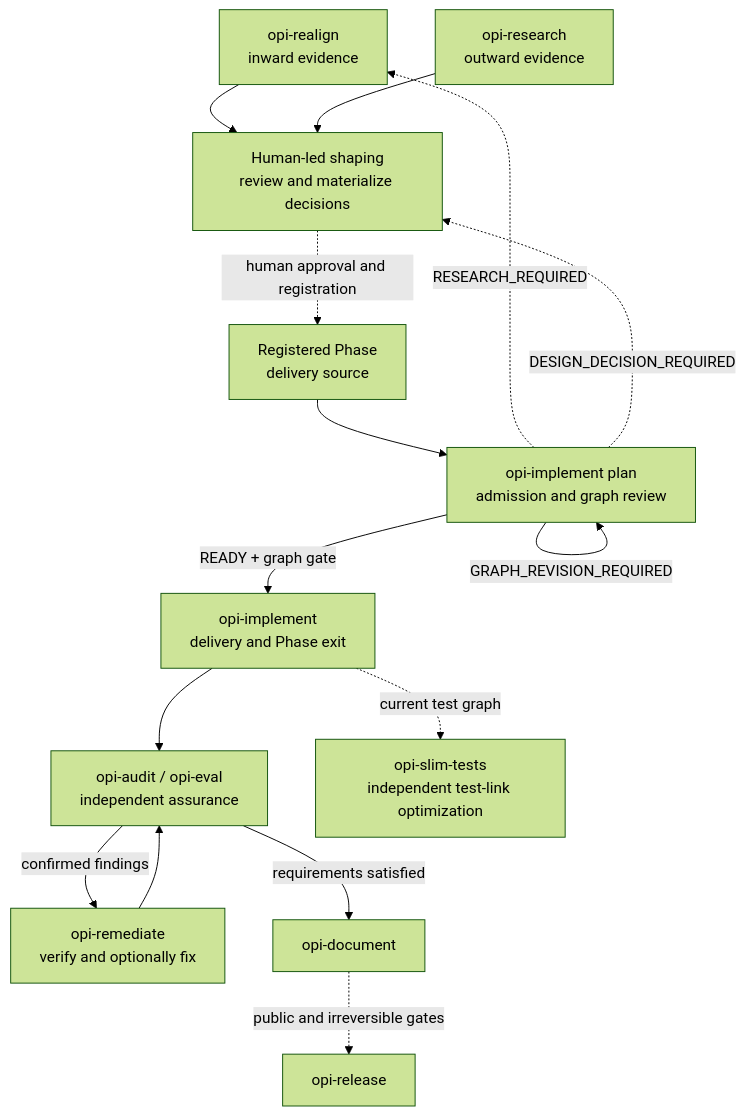
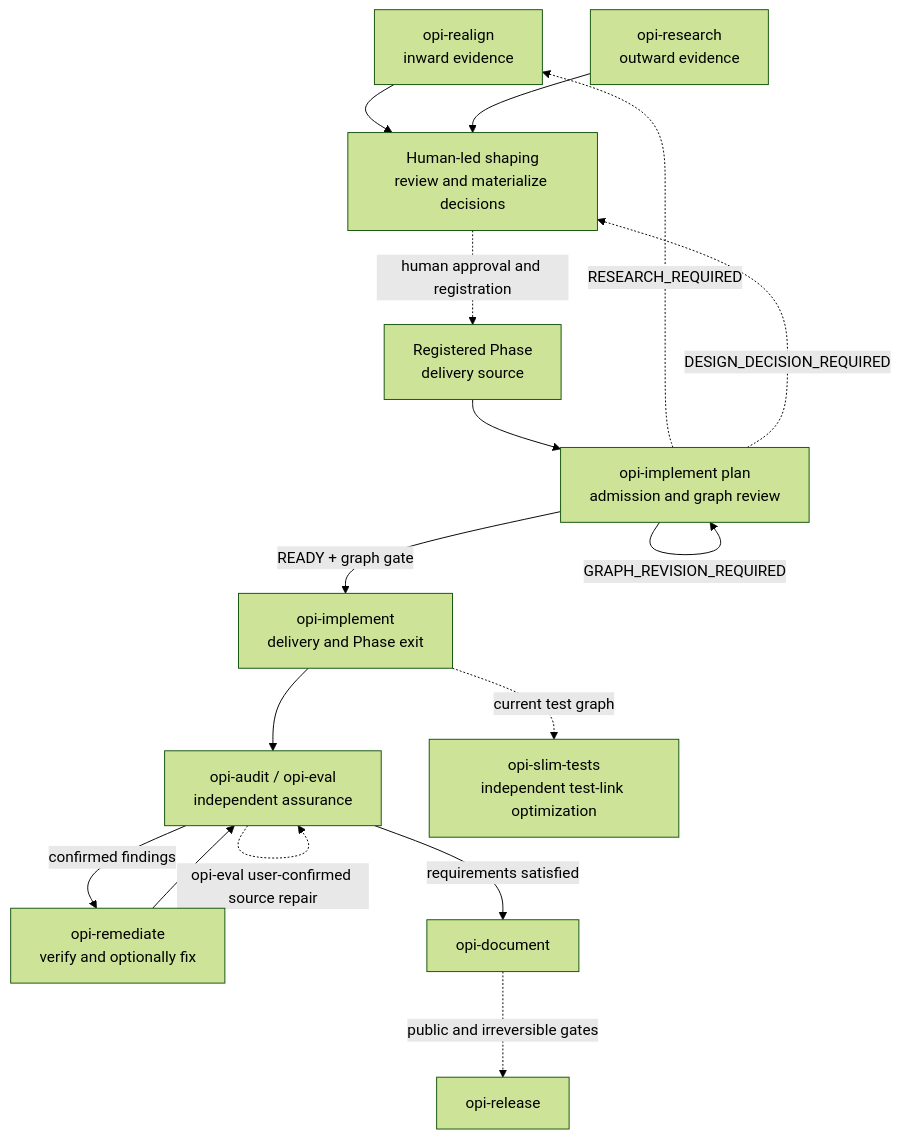
Before and after one commit to OdradekAI/opi: the diagram in .agents/skills/README.md, drawn with Mermaid (forest theme). The commit also changed other lines of this file and 72 other files, not shown here.

````diff
--- a/.agents/skills/README.md
+++ b/.agents/skills/README.md
@@ -35,29 +36,30 @@
 ```mermaid
 flowchart TD
     RI[opi-realign<br/>inward evidence]
     RO[opi-research<br/>outward evidence]
     SH[Human-led shaping<br/>review and materialize decisions]
     SRC[Registered Phase<br/>delivery source]
     PLAN[opi-implement plan<br/>admission and graph review]
     EXEC[opi-implement<br/>delivery and Phase exit]
     ASSURE[opi-audit / opi-eval<br/>independent assurance]
     FIX[opi-remediate<br/>verify and optionally fix]
     DOC[opi-document]
     REL[opi-release]
     SLIM[opi-slim-tests<br/>independent test-link optimization]
 
     RI --> SH
     RO --> SH
     SH -. human approval and registration .-> SRC
     SRC --> PLAN
     PLAN -->|READY + graph gate| EXEC
     PLAN -. RESEARCH_REQUIRED .-> RI
     PLAN -. DESIGN_DECISION_REQUIRED .-> SH
     PLAN -->|GRAPH_REVISION_REQUIRED| PLAN
     EXEC --> ASSURE
+    ASSURE -. opi-eval user-confirmed source repair .-> ASSURE
     ASSURE -->|confirmed findings| FIX
     FIX --> ASSURE
     ASSURE -->|requirements satisfied| DOC
     DOC -. public and irreversible gates .-> REL
     EXEC -. current test graph .-> SLIM
 ```
````
